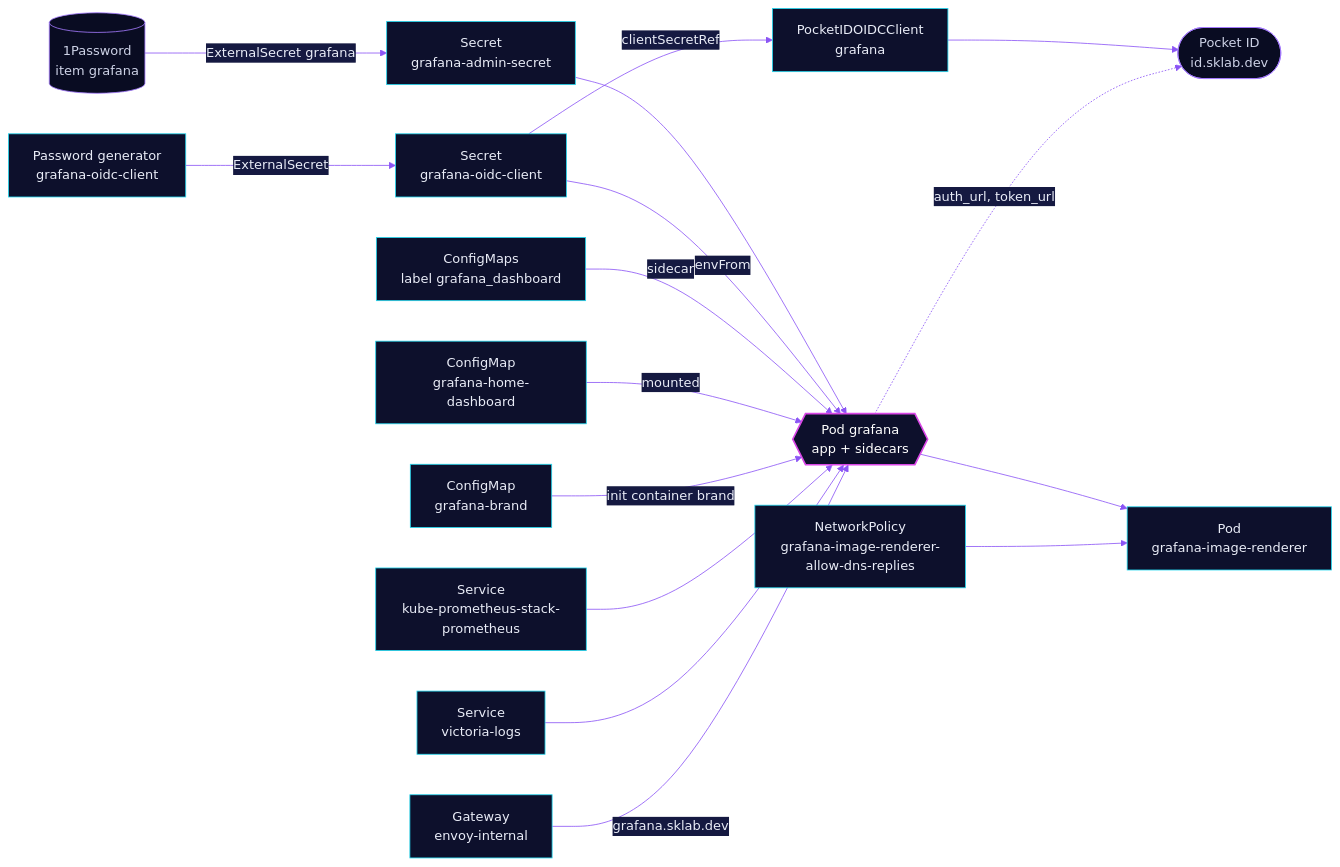
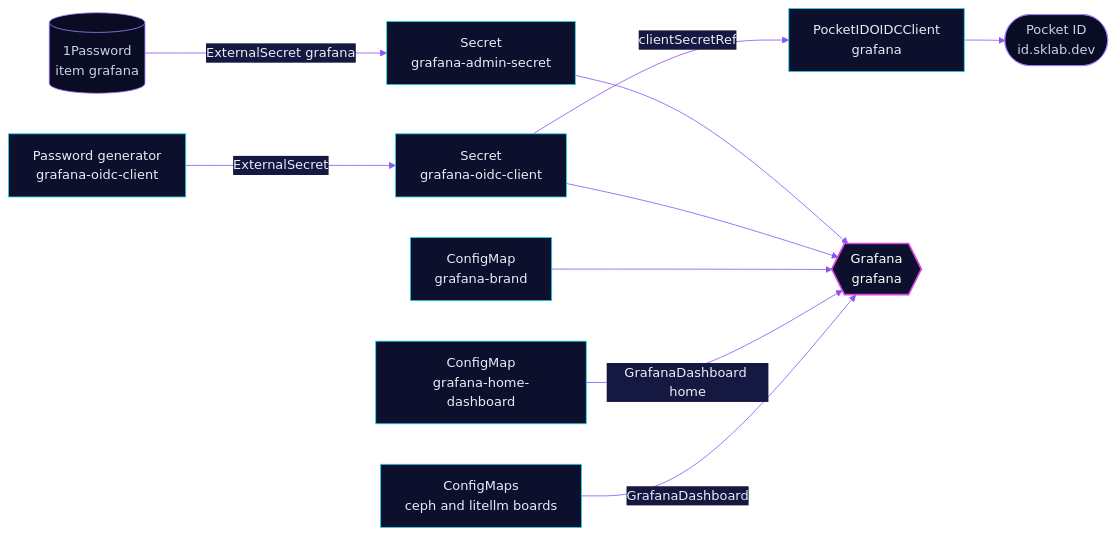
One commit to skrumbach/home-ops changed the diagram in kubernetes/apps/base/monitoring/grafana/README.md. Above: the diagram before and after it, drawn with Mermaid. The commit also changed other lines of this file and 39 other files, not shown here.

First line of the commit message:
feat(grafana)!: Grafana runs from grafana-operator, the chart is removed

````diff
--- a/kubernetes/apps/base/monitoring/grafana/README.md
+++ b/kubernetes/apps/base/monitoring/grafana/README.md
@@ -51,23 +42,17 @@
 ```mermaid
 %%{init: {'theme':'base','themeVariables':{'primaryColor':'#0D102C','primaryTextColor':'#E9ECF7','primaryBorderColor':'#22D8F0','lineColor':'#8B55F5','secondaryColor':'#151941','tertiaryColor':'#090C22','edgeLabelBackground':'#151941'}}}%%
 flowchart LR
   op[("1Password<br/>item grafana")] -->|ExternalSecret grafana| adm["Secret<br/>grafana-admin-secret"]
-  adm --> g{{"Pod grafana<br/>app + sidecars"}}
   pw["Password generator<br/>grafana-oidc-client"] -->|ExternalSecret| cs["Secret<br/>grafana-oidc-client"]
-  cs -->|envFrom| g
   cs -->|clientSecretRef| cl["PocketIDOIDCClient<br/>grafana"]
   cl --> pid(["Pocket ID<br/>id.sklab.dev"])
-  g -.->|auth_url, token_url| pid
-  cm["ConfigMaps<br/>label grafana_dashboard"] -->|sidecar| g
-  home["ConfigMap<br/>grafana-home-dashboard"] -->|mounted| g
-  brand["ConfigMap<br/>grafana-brand"] -->|init container brand| g
-  prom["Service<br/>kube-prometheus-stack-prometheus"] --> g
-  vl["Service<br/>victoria-logs"] --> g
-  g --> rend["Pod<br/>grafana-image-renderer"]
-  np["NetworkPolicy<br/>grafana-image-renderer-allow-dns-replies"] --> rend
-  gw["Gateway<br/>envoy-internal"] -->|grafana.sklab.dev| g
+  adm --> g{{"Grafana<br/>grafana"}}
+  cs --> g
+  brand["ConfigMap<br/>grafana-brand"] --> g
+  home["ConfigMap<br/>grafana-home-dashboard"] -->|GrafanaDashboard home| g
+  cm["ConfigMaps<br/>ceph and litellm boards"] -->|GrafanaDashboard| g
   classDef accent fill:#0D102C,stroke:#D946E6,stroke-width:2px,color:#FFFFFF
   classDef ext fill:#090C22,stroke:#A57BFF,color:#CDD2E6
   class g accent
   class op,pid ext
 ```
````
